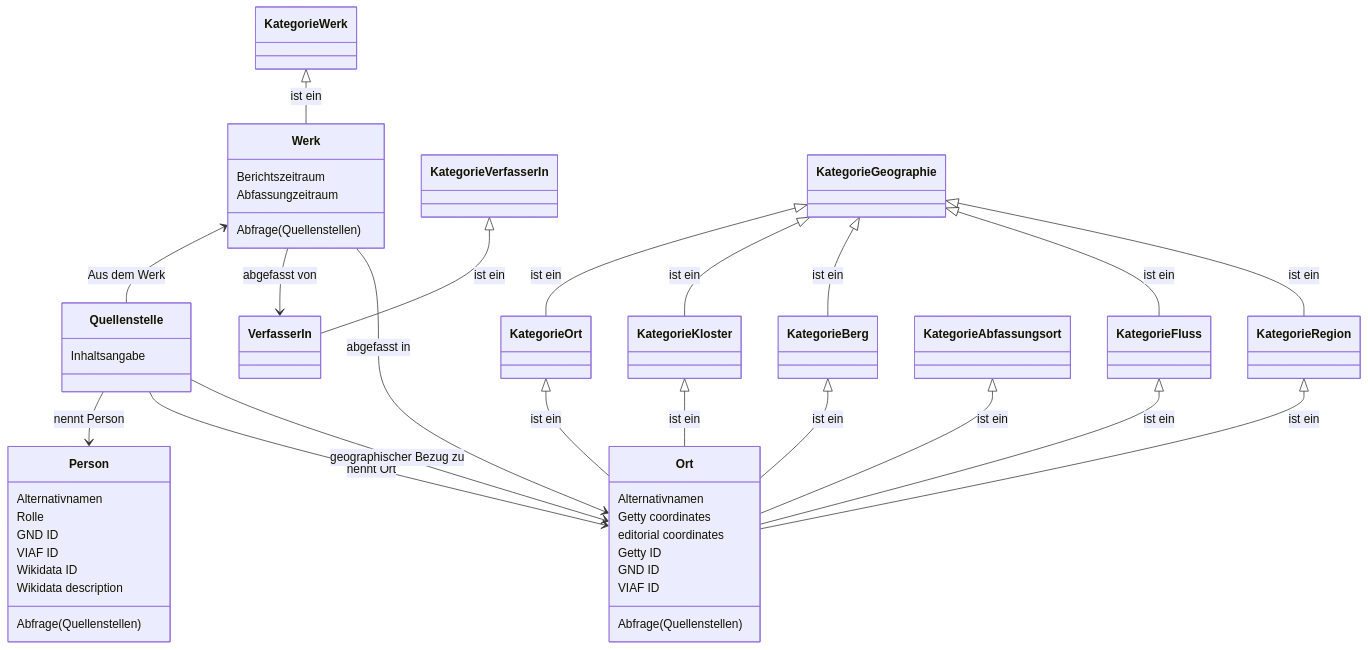
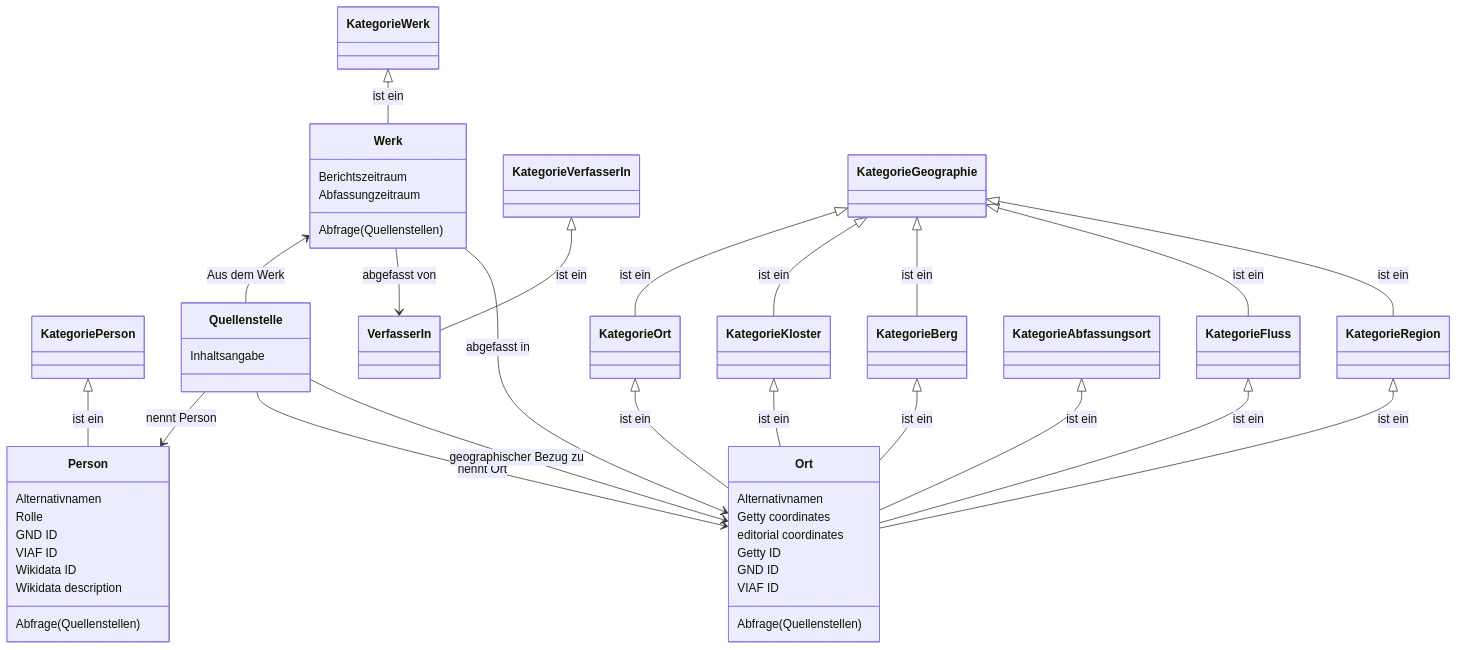
One commit to cceh/sarazenen-wiki changed the diagram in datenmodell/Readme.MD. Above: the diagram before and after it, drawn with Mermaid.

````diff
--- a/datenmodell/Readme.MD
+++ b/datenmodell/Readme.MD
@@ -1,72 +1,75 @@
 ```mermaid
 
 classDiagram
 
     class KategorieWerk
     KategorieWerk <|-- Werk : ist ein 
+    
+    cass KategoriePerson
+    KategoriePerson <|-- Person : ist ein 
     
     cass KategorieVerfasserIn
     KategorieVerfasserIn <|-- VerfasserIn : ist ein 
     
     class KategorieGeographie
     KategorieGeographie <|-- KategorieOrt: ist ein
     KategorieGeographie <|-- KategorieKloster: ist ein
     KategorieGeographie <|-- KategorieBerg: ist ein
     KategorieGeographie <|-- KategorieFluss: ist ein
     KategorieGeographie <|-- KategorieRegion: ist ein
     
     class KategorieOrt
     KategorieOrt <|-- Ort : ist ein 
     
     class KategorieKloster
     KategorieKloster <|-- Ort : ist ein 
     
     class KategorieBerg
     KategorieBerg <|-- Ort : ist ein 
     
     class KategorieFluss
     KategorieFluss <|-- Ort : ist ein 
     
     class KategorieRegion
     KategorieRegion <|-- Ort : ist ein
     
     class KategorieAbfassungsort
     KategorieAbfassungsort <|-- Ort : ist ein 
     
     class Werk
     Werk: Berichtszeitraum 
     Werk: Abfassungzeitraum
     Werk <-- Quellenstelle : Aus dem Werk
     Werk --> VerfasserIn : abgefasst von
     Werk --> Ort : abgefasst in
     Werk: Abfrage(Quellenstellen)
     
     class VerfasserIn
 
     class Quellenstelle
     Quellenstelle: Inhaltsangabe
     Quellenstelle --> Person : nennt Person
     Quellenstelle --> Ort : nennt Ort  
     Quellenstelle --> Ort : geographischer Bezug zu 
 
     class Person
     Person: Alternativnamen
     Person: Rolle
     Person: GND ID
     Person: VIAF ID
     Person: Wikidata ID
     Person: Wikidata description
     Person: Abfrage(Quellenstellen)
 
     class Ort
     Ort: Alternativnamen
     Ort: Getty coordinates
     Ort: editorial coordinates
     Ort: Getty ID
     Ort: GND ID
     Ort: VIAF ID
     Ort: Abfrage(Quellenstellen)
     
 end
 
 ```
````
